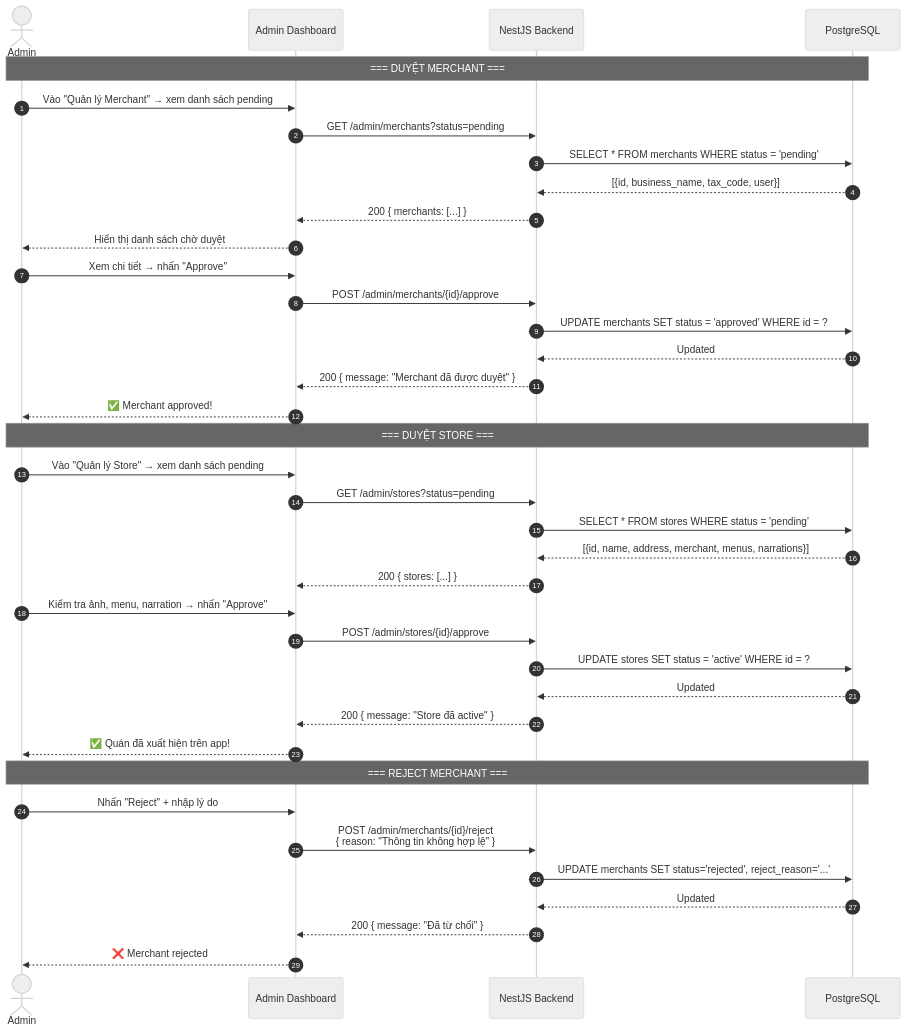
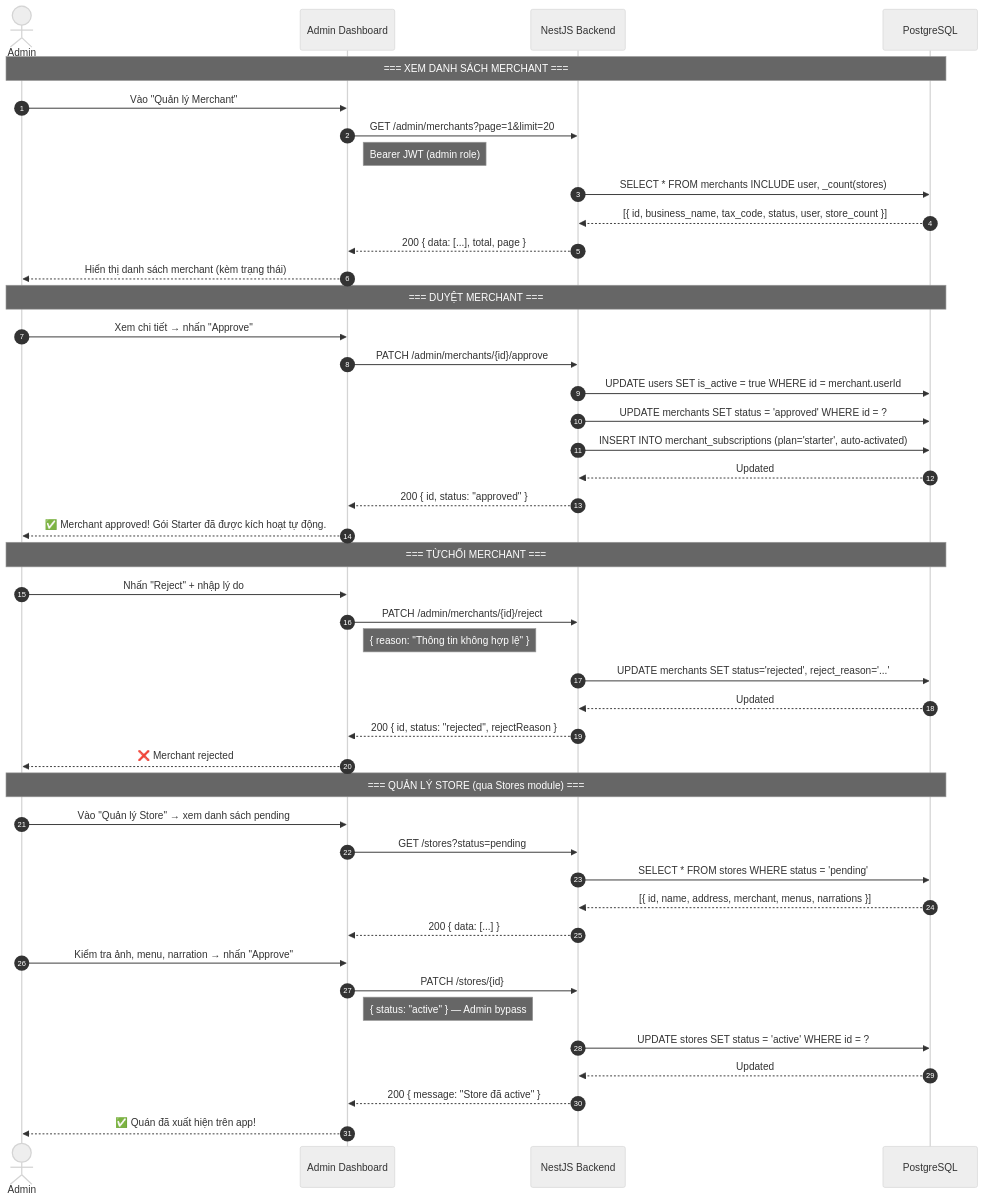
One commit to thankhanh/Seminar_sgu changed the sixth of 13 diagrams in docs/diagrams.md. Above: the diagram before and after it, drawn with Mermaid (neutral theme). The commit also changed other lines of this file, not shown here.

First line of the commit message:
Update diagrams.md

````diff
--- a/docs/diagrams.md
+++ b/docs/diagrams.md
@@ -245,45 +315,51 @@
 ```mermaid
 sequenceDiagram
     autonumber
     actor A as Admin
     participant Web as Admin Dashboard
     participant API as NestJS Backend
     participant DB as PostgreSQL
 
+    Note over A,DB: === XEM DANH SÁCH MERCHANT ===
+    A->>Web: Vào "Quản lý Merchant"
+    Web->>API: GET /admin/merchants?page=1&limit=20
+    Note right of Web: Bearer JWT (admin role)
+    API->>DB: SELECT * FROM merchants INCLUDE user, _count(stores)
+    DB-->>API: [{ id, business_name, tax_code, status, user, store_count }]
+    API-->>Web: 200 { data: [...], total, page }
+    Web-->>A: Hiển thị danh sách merchant (kèm trạng thái)
+
     Note over A,DB: === DUYỆT MERCHANT ===
-    A->>Web: Vào "Quản lý Merchant" → xem danh sách pending
-    Web->>API: GET /admin/merchants?status=pending
-    API->>DB: SELECT * FROM merchants WHERE status = 'pending'
-    DB-->>API: [{id, business_name, tax_code, user}]
-    API-->>Web: 200 { merchants: [...] }
-    Web-->>A: Hiển thị danh sách chờ duyệt
+    A->>Web: Xem chi tiết → nhấn "Approve"
+    Web->>API: PATCH /admin/merchants/{id}/approve
+    API->>DB: UPDATE users SET is_active = true WHERE id = merchant.userId
+    API->>DB: UPDATE merchants SET status = 'approved' WHERE id = ?
+    API->>DB: INSERT INTO merchant_subscriptions (plan='starter', auto-activated)
+    DB-->>API: Updated
+    API-->>Web: 200 { id, status: "approved" }
+    Web-->>A: ✅ Merchant approved! Gói Starter đã được kích hoạt tự động.
 
-    A->>Web: Xem chi tiết → nhấn "Approve"
-    Web->>API: POST /admin/merchants/{id}/approve
-    API->>DB: UPDATE merchants SET status = 'approved' WHERE id = ?
+    Note over A,DB: === TỪCHỐI MERCHANT ===
+    A->>Web: Nhấn "Reject" + nhập lý do
+    Web->>API: PATCH /admin/merchants/{id}/reject
+    Note right of Web: { reason: "Thông tin không hợp lệ" }
+    API->>DB: UPDATE merchants SET status='rejected', reject_reason='...'
     DB-->>API: Updated
-    API-->>Web: 200 { message: "Merchant đã được duyệt" }
-    Web-->>A: ✅ Merchant approved!
+    API-->>Web: 200 { id, status: "rejected", rejectReason }
+    Web-->>A: ❌ Merchant rejected
 
-    Note over A,DB: === DUYỆT STORE ===
+    Note over A,DB: === QUẢN LÝ STORE (qua Stores module) ===
     A->>Web: Vào "Quản lý Store" → xem danh sách pending
-    Web->>API: GET /admin/stores?status=pending
+    Web->>API: GET /stores?status=pending
     API->>DB: SELECT * FROM stores WHERE status = 'pending'
-    DB-->>API: [{id, name, address, merchant, menus, narrations}]
-    API-->>Web: 200 { stores: [...] }
+    DB-->>API: [{ id, name, address, merchant, menus, narrations }]
+    API-->>Web: 200 { data: [...] }
 
     A->>Web: Kiểm tra ảnh, menu, narration → nhấn "Approve"
-    Web->>API: POST /admin/stores/{id}/approve
+    Web->>API: PATCH /stores/{id}
+    Note right of Web: { status: "active" } — Admin bypass
     API->>DB: UPDATE stores SET status = 'active' WHERE id = ?
     DB-->>API: Updated
     API-->>Web: 200 { message: "Store đã active" }
     Web-->>A: ✅ Quán đã xuất hiện trên app!
-
-    Note over A,DB: === REJECT MERCHANT ===
-    A->>Web: Nhấn "Reject" + nhập lý do
-    Web->>API: POST /admin/merchants/{id}/reject<br/>{ reason: "Thông tin không hợp lệ" }
-    API->>DB: UPDATE merchants SET status='rejected', reject_reason='...'
-    DB-->>API: Updated
-    API-->>Web: 200 { message: "Đã từ chối" }
-    Web-->>A: ❌ Merchant rejected
 ```
````
